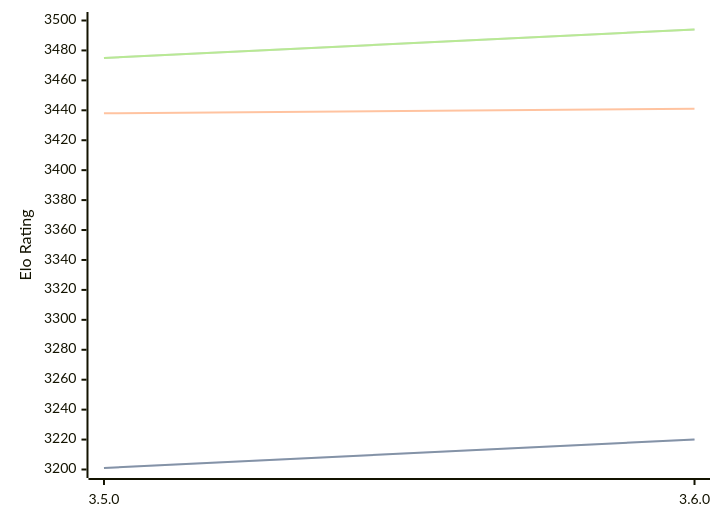
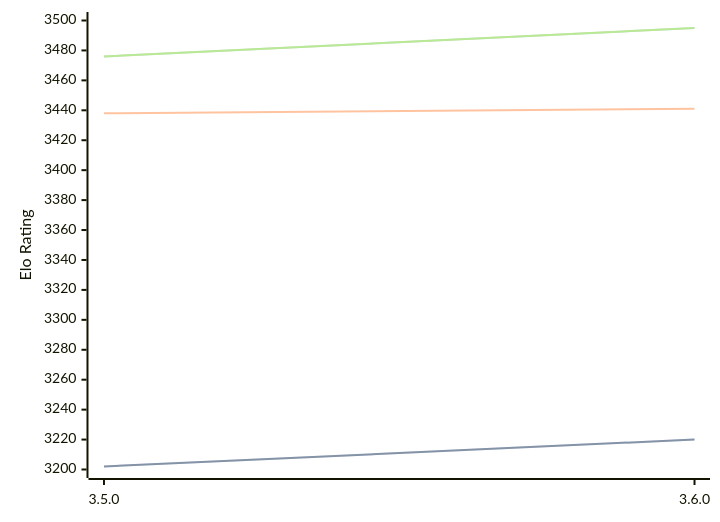
One commit to computer-chess-index/cci changed the diagram in engines/Igel.md. Above: the diagram before and after it, drawn with Mermaid. The commit also changed other lines of this file, not shown here.

Commit message:
Update CCI Ratings (ELO VLTC) - 2026-03-14

````diff
--- a/engines/Igel.md
+++ b/engines/Igel.md
@@ -66,11 +66,11 @@
 ```mermaid
 %%{init: {"theme":"base","themeVariables":{"seriesColors:['#a3a3a3','#222221','#faa371']}}}%%
 xychart-beta
   x-axis ["3.5.0", "3.6.0"]
   y-axis "Elo Rating" 3200 --> 3500
-  line "STC (8.0+0.08s)" [3201, 3220]
-  line "STC (8.0+0.08s)" [3201, 3220]
+  line "STC (8.0+0.08s)" [3202, 3220]
+  line "STC (8.0+0.08s)" [3202, 3220]
   line "LTC (60.0+0.60s)" [3438, 3441]
-  line "VLTC (2m24s+1.12s)" [3475, 3494]
-  line "VLTC (2m24s+1.12s)" [3475, 3494]
+  line "VLTC (2m24s+1.12s)" [3476, 3495]
+  line "VLTC (2m24s+1.12s)" [3476, 3495]
 ```
````
